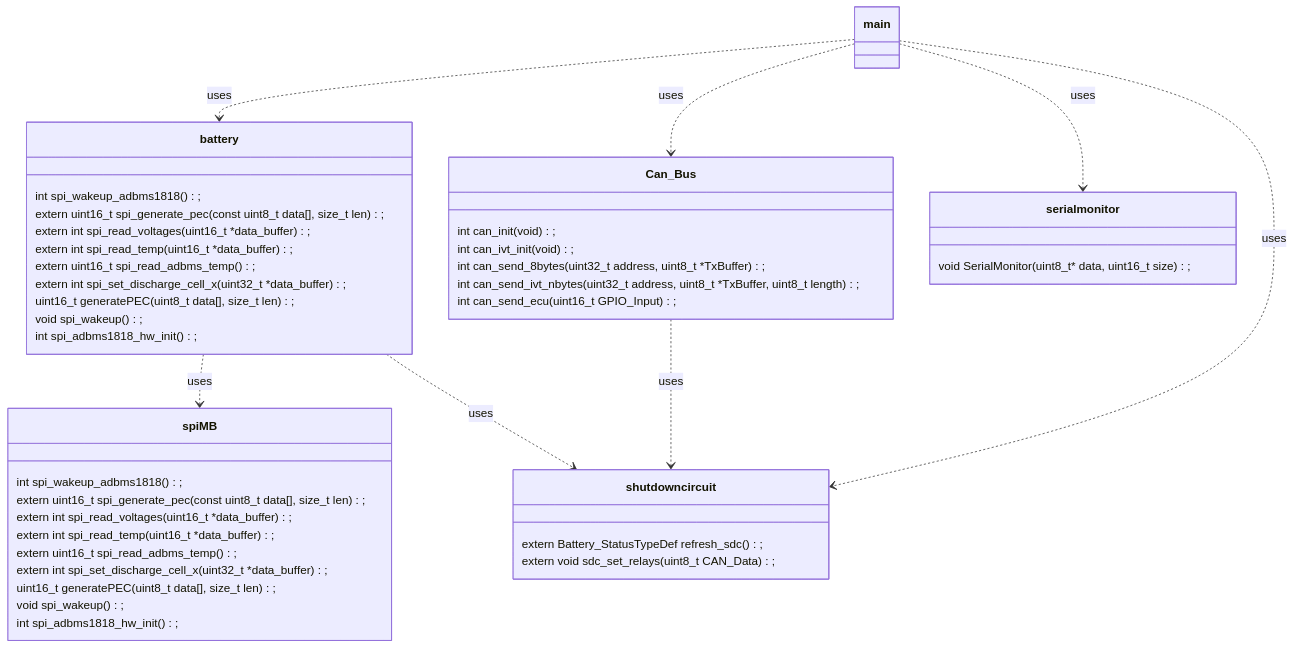
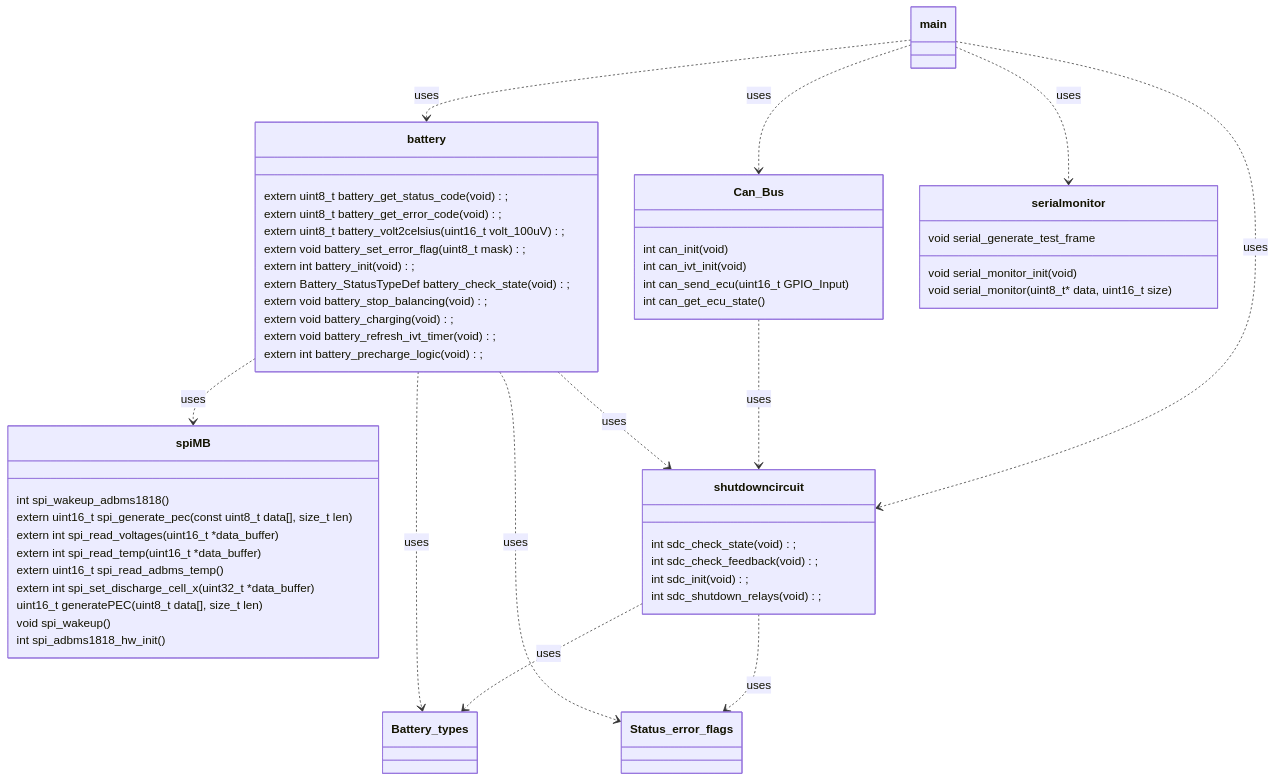
Before and after one commit to renolluc/BMS_zephyr: the first of 2 diagrams in README.md, drawn with Mermaid. The commit also changed other lines of this file, not shown here.

Commit message:
update class and state diagram

````diff
--- a/README.md
+++ b/README.md
@@ -67,57 +67,70 @@
 ```mermaid
 classDiagram
 
     class main
 
     class Can_Bus{
-        int can_init(void);
-        int can_ivt_init(void);
-        int can_send_8bytes(uint32_t address, uint8_t *TxBuffer);
-        int can_send_ivt_nbytes(uint32_t address, uint8_t *TxBuffer, uint8_t length);
-        int can_send_ecu(uint16_t GPIO_Input);
+        int can_init(void)
+        int can_ivt_init(void)
+        int can_send_ecu(uint16_t GPIO_Input)
+        int can_get_ecu_state()
     }
 
     class spiMB{
-        int spi_wakeup_adbms1818();
-        extern uint16_t spi_generate_pec(const uint8_t data[], size_t len);
-        extern int spi_read_voltages(uint16_t *data_buffer);
-        extern int spi_read_temp(uint16_t *data_buffer);
-        extern uint16_t spi_read_adbms_temp();
-        extern int spi_set_discharge_cell_x(uint32_t *data_buffer);
-        uint16_t generatePEC(uint8_t data[], size_t len);
-        void spi_wakeup();
-        int spi_adbms1818_hw_init();
+        int spi_wakeup_adbms1818()
+        extern uint16_t spi_generate_pec(const uint8_t data[], size_t len)
+        extern int spi_read_voltages(uint16_t *data_buffer)
+        extern int spi_read_temp(uint16_t *data_buffer)
+        extern uint16_t spi_read_adbms_temp()
+        extern int spi_set_discharge_cell_x(uint32_t *data_buffer)
+        uint16_t generatePEC(uint8_t data[], size_t len)
+        void spi_wakeup()
+        int spi_adbms1818_hw_init()
     }
 
     class battery{
-        int spi_wakeup_adbms1818();
-        extern uint16_t spi_generate_pec(const uint8_t data[], size_t len);
-        extern int spi_read_voltages(uint16_t *data_buffer);
-        extern int spi_read_temp(uint16_t *data_buffer);
-        extern uint16_t spi_read_adbms_temp();
-        extern int spi_set_discharge_cell_x(uint32_t *data_buffer);
-        uint16_t generatePEC(uint8_t data[], size_t len);
-        void spi_wakeup();
-        int spi_adbms1818_hw_init();
+        extern uint8_t battery_get_status_code(void);
+        extern uint8_t battery_get_error_code(void);
+        extern uint8_t battery_volt2celsius(uint16_t volt_100uV);
+        extern void battery_set_error_flag(uint8_t mask);
+        extern int battery_init(void);
+        extern Battery_StatusTypeDef battery_check_state(void);
+        extern void battery_stop_balancing(void);
+        extern void battery_charging(void);
+        extern void battery_refresh_ivt_timer(void);
+        extern int battery_precharge_logic(void);
     }
 
     class shutdowncircuit{
-        extern Battery_StatusTypeDef refresh_sdc();
-        extern void sdc_set_relays(uint8_t CAN_Data);
+        int sdc_check_state(void);
+        int sdc_check_feedback(void);
+        int sdc_init(void);
+        int sdc_shutdown_relays(void);
     }
 
     class serialmonitor{
-        void SerialMonitor(uint8_t* data, uint16_t size);
+        void serial_monitor_init(void)
+        void serial_monitor(uint8_t* data, uint16_t size)
+        void serial_generate_test_frame
     }
 
+    class Battery_types{
 
+    }
+
+    class Status_error_flags{
+
+    }
 
     main ..> battery : uses
     main ..> Can_Bus : uses
     main ..> serialmonitor : uses
     main ..> shutdowncircuit : uses
     battery ..> spiMB : uses
     Can_Bus ..> shutdowncircuit : uses
     battery ..> shutdowncircuit : uses
-
+    shutdowncircuit ..> Battery_types : uses
+    shutdowncircuit ..> Status_error_flags : uses
+    battery ..> Battery_types : uses
+    battery ..> Status_error_flags : uses
 ```
````
